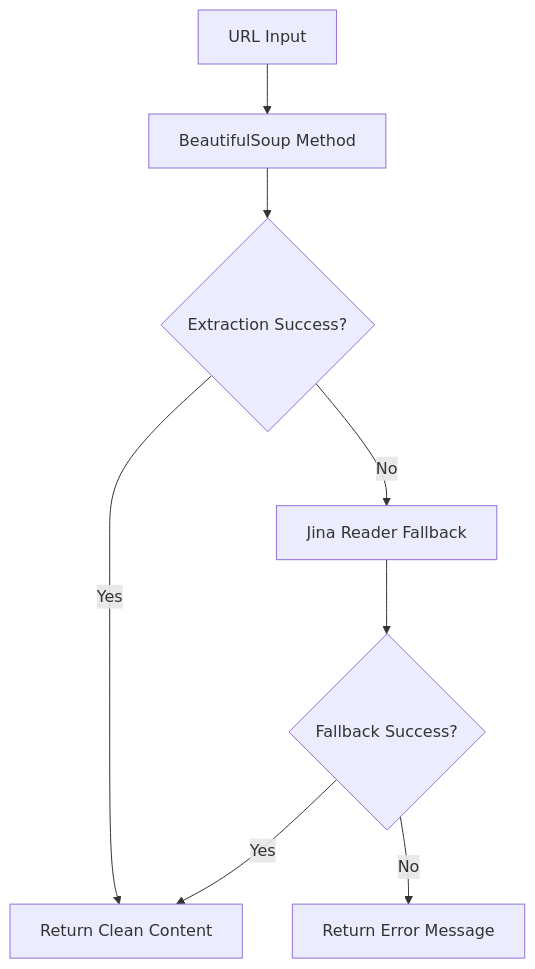
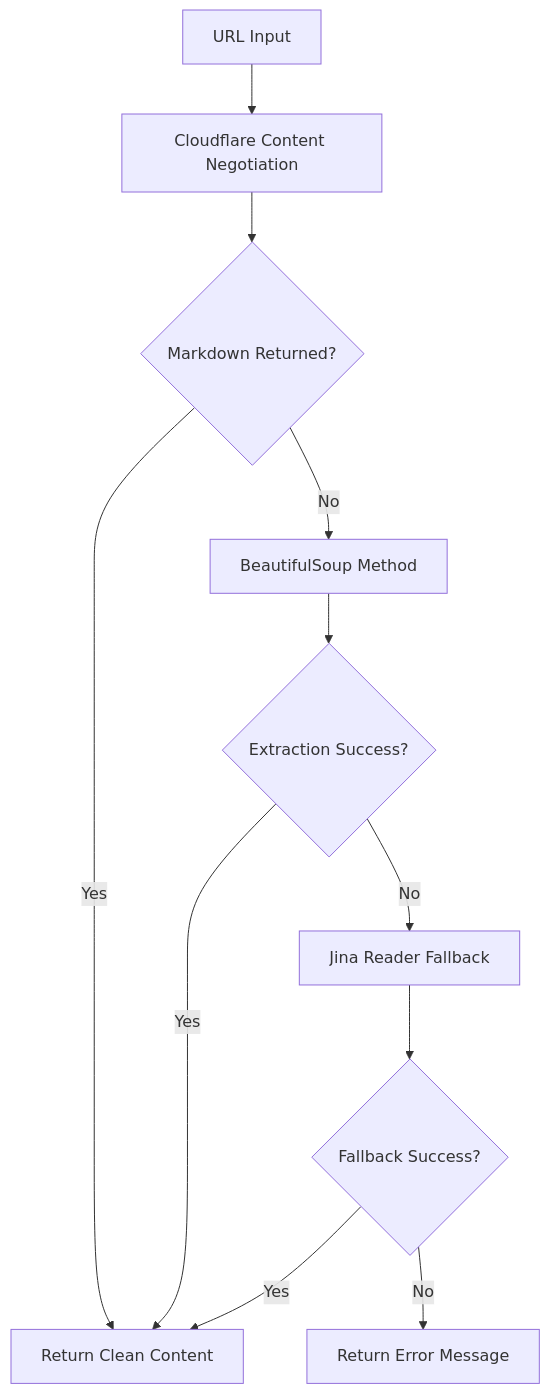
The diagram in docs/tools/websearch/web_fetch_tool.md (Oaklight/toolregistry-hub), drawn with Mermaid before and after one commit. The commit also changed other lines of this file, not shown here.

Commit message:
feat(fetch): add Cloudflare content negotiation strategy and increase default timeout

````diff
--- a/docs/tools/websearch/web_fetch_tool.md
+++ b/docs/tools/websearch/web_fetch_tool.md
@@ -76,10 +77,13 @@
 ```mermaid
 graph TD
-    A[URL Input] --> B[BeautifulSoup Method]
-    B --> C{Extraction Success?}
+    A[URL Input] --> B[Cloudflare Content Negotiation]
+    B --> C{Markdown Returned?}
     C -->|Yes| D[Return Clean Content]
-    C -->|No| E[Jina Reader Fallback]
-    E --> F{Fallback Success?}
+    C -->|No| E[BeautifulSoup Method]
+    E --> F{Extraction Success?}
     F -->|Yes| D
-    F -->|No| G[Return Error Message]
+    F -->|No| G[Jina Reader Fallback]
+    G --> H{Fallback Success?}
+    H -->|Yes| D
+    H -->|No| I[Return Error Message]
 ```
````
